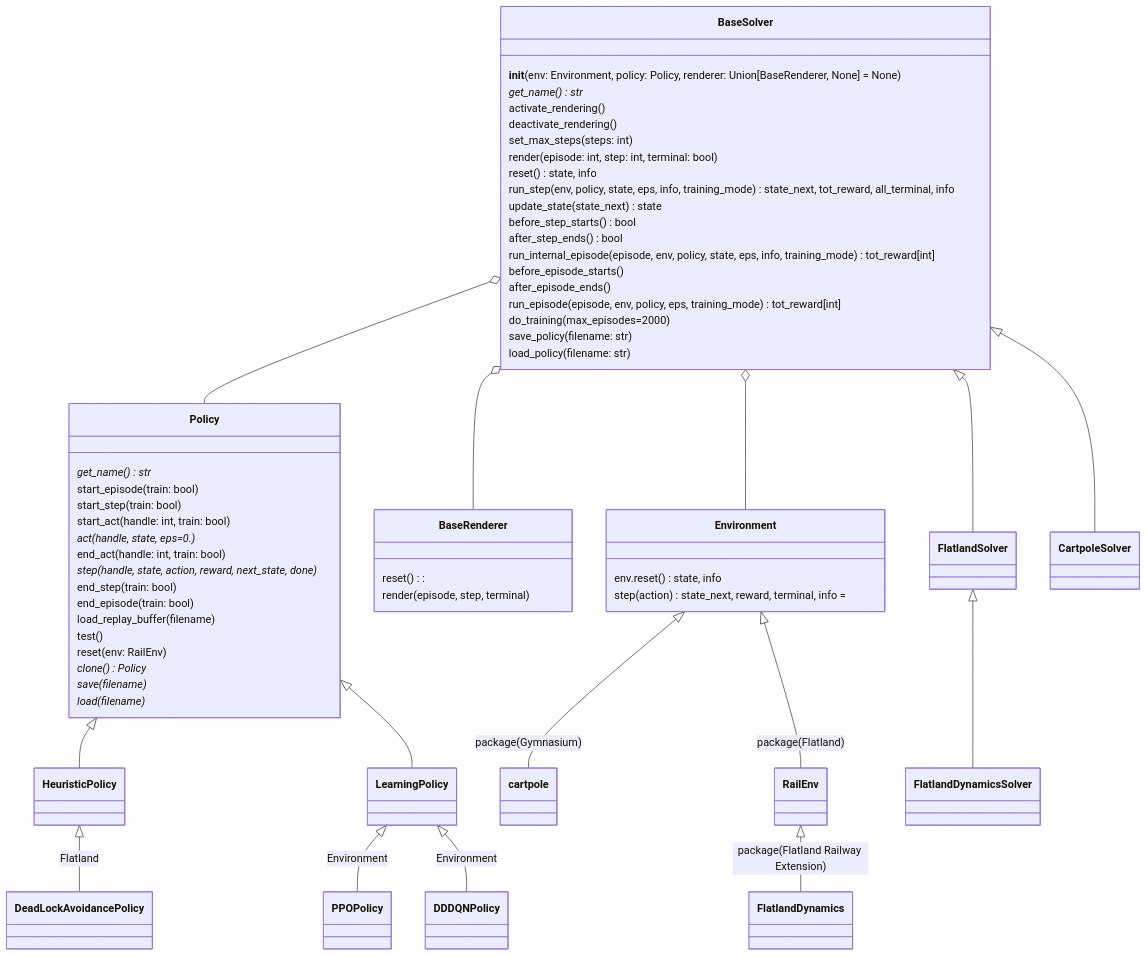
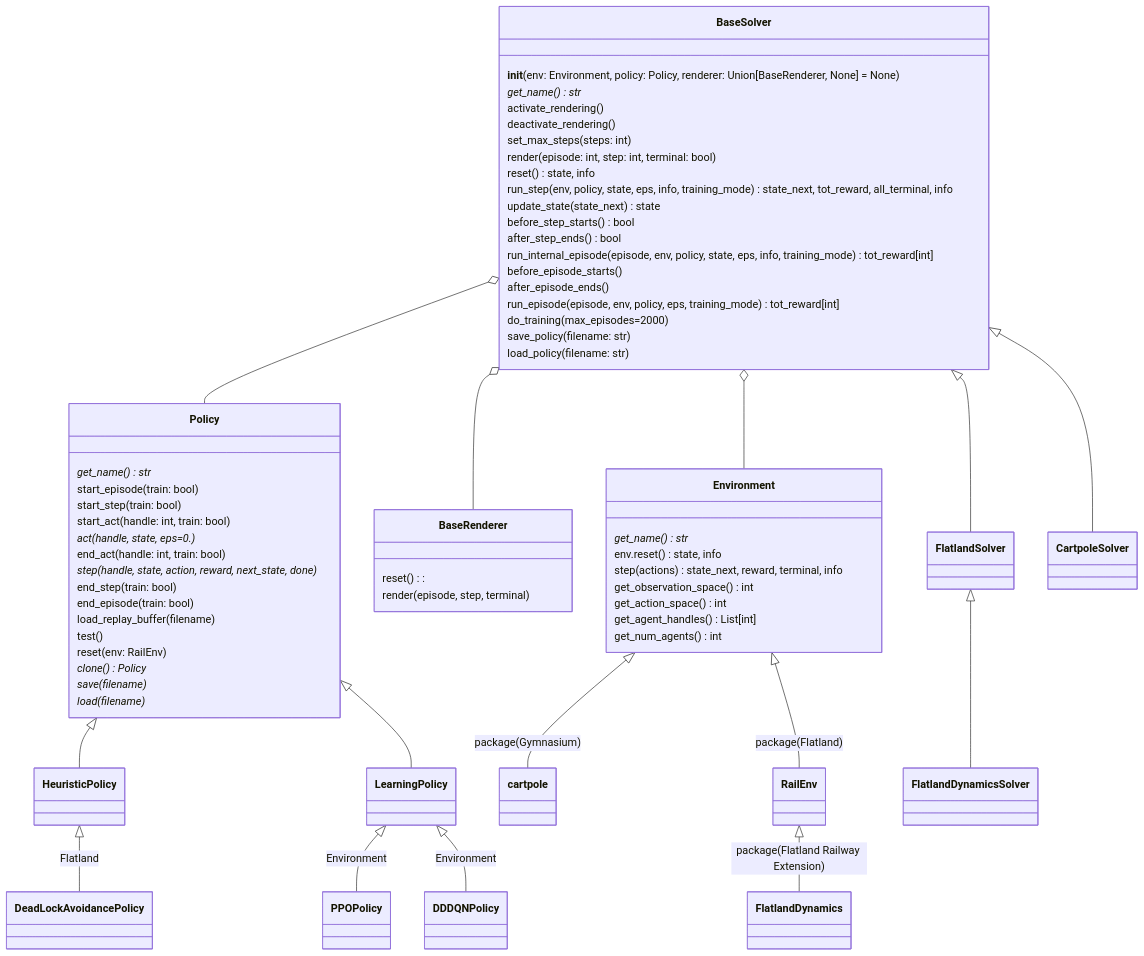
One commit to aiAdrian/flatland_solver_policy changed the second of 3 diagrams in README.md. Above: the diagram before and after it, drawn with Mermaid. The commit also changed other lines of this file and 16 other files, not shown here.

````diff
--- a/README.md
+++ b/README.md
@@ -33,73 +33,78 @@
 ```mermaid
 classDiagram
        
     BaseSolver o-- Policy
     BaseSolver o-- BaseRenderer
     BaseSolver o-- Environment
 
     Environment <|-- cartpole : package(Gymnasium)
     Environment <|-- RailEnv : package(Flatland)
     RailEnv <|-- FlatlandDynamics : package(Flatland Railway Extension)
     
     BaseSolver <|-- FlatlandSolver
     BaseSolver <|-- CartpoleSolver
     FlatlandSolver <|-- FlatlandDynamicsSolver
     
     Policy  <|-- HeuristicPolicy
 
     HeuristicPolicy  <|-- DeadLockAvoidancePolicy : Flatland
 
     Policy  <|-- LearningPolicy
 
     LearningPolicy <|-- PPOPolicy : Environment
     LearningPolicy <|-- DDDQNPolicy : Environment
 
     class Environment {
+        get_name()* str       
         env.reset() state, info
-        step(action) state_next, reward, terminal, info = 
+        step(actions) state_next, reward, terminal, info
+        get_observation_space() int
+        get_action_space() int
+        get_agent_handles() List[int] 
+        get_num_agents() int 
     }
 
-    class Policy{
+    class Policy {
       get_name()* str
       start_episode(train: bool)
       start_step(train: bool)
       start_act(handle: int, train: bool)
       act(handle, state, eps=0.)*
       end_act(handle: int, train: bool)
       step(handle, state, action, reward, next_state, done)*
       end_step(train: bool)
       end_episode(train: bool)
       load_replay_buffer(filename)
       test()
       reset(env: RailEnv)
       clone()* Policy
       save(filename)*
       load(filename)* 
     }
 
     class BaseRenderer {
         reset():
         render(episode, step, terminal)
     }
 
     class BaseSolver {
         __init__(env: Environment, policy: Policy, renderer: Union[BaseRenderer, None] = None)
         get_name()* str
         activate_rendering()
         deactivate_rendering()
         set_max_steps(steps: int)
         render(episode: int, step: int, terminal: bool)
         reset() state, info
         run_step(env, policy, state, eps, info, training_mode) state_next, tot_reward, all_terminal, info
         update_state(state_next) state
         before_step_starts() bool
         after_step_ends() bool
         run_internal_episode( episode, env, policy, state, eps, info, training_mode) tot_reward[int]
         before_episode_starts()
         after_episode_ends()
         run_episode(episode, env, policy, eps, training_mode) tot_reward[int]
         do_training(max_episodes=2000)
         save_policy(filename: str)
         load_policy(filename: str)
     }
 ``` 
````
